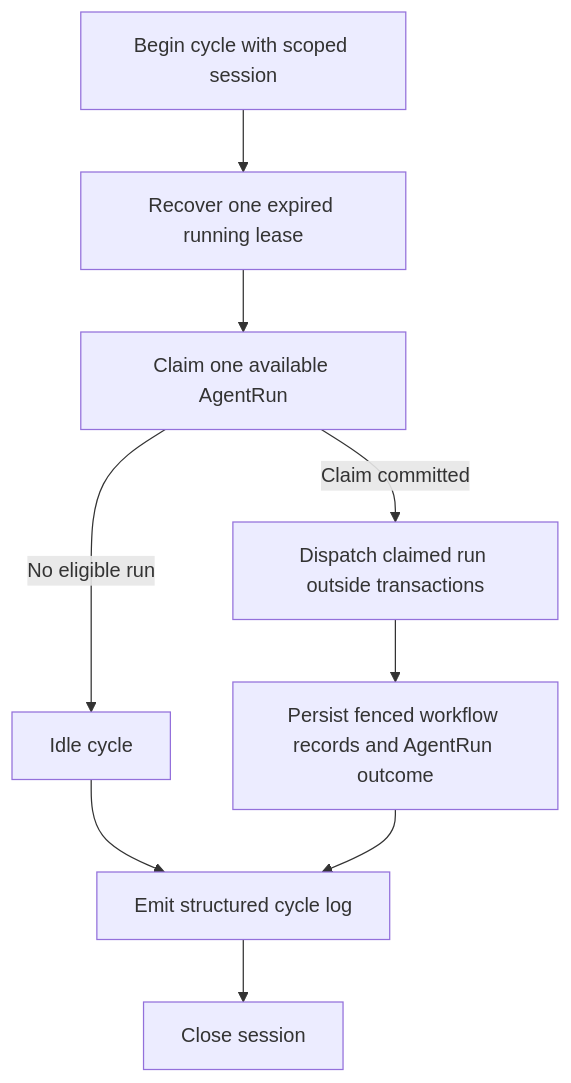
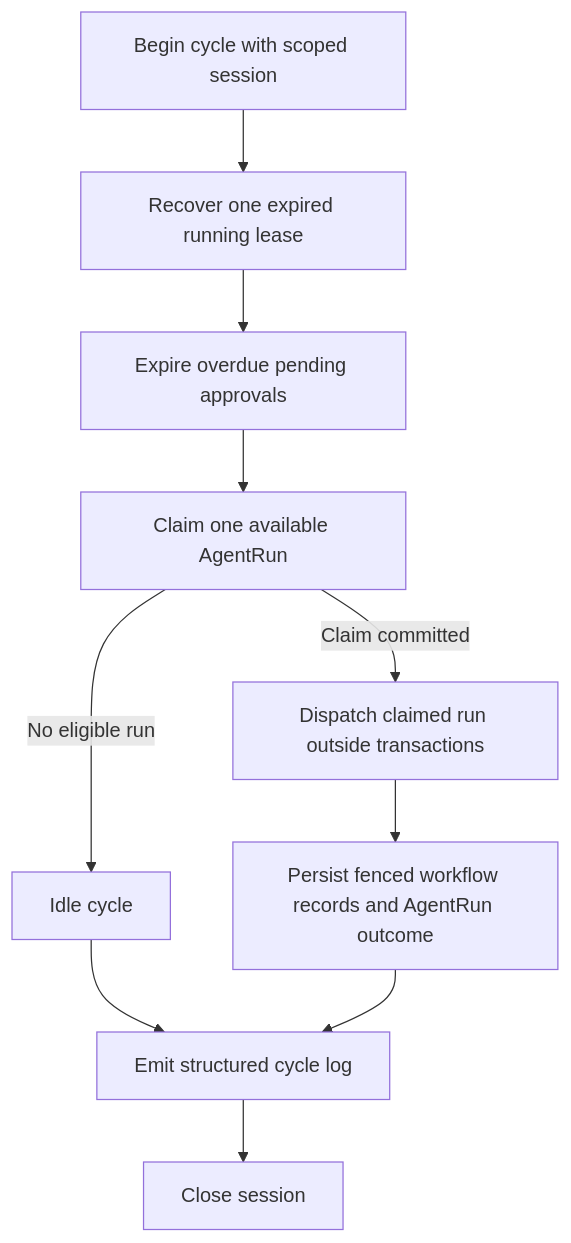
Before and after one commit to philgodoy96/supportops-ai-platform: the third of 8 diagrams in docs/architecture/runtime-topology.md, drawn with Mermaid. The commit also changed other lines of this file and 4 other files, not shown here.

````diff
--- a/docs/architecture/runtime-topology.md
+++ b/docs/architecture/runtime-topology.md
@@ -235,20 +243,22 @@
 ```mermaid
 flowchart TD
     Start[Begin cycle with scoped session]
     Recover[Recover one expired running lease]
+    Expire[Expire overdue pending approvals]
     Claim[Claim one available AgentRun]
     Idle[Idle cycle]
     Process[Dispatch claimed run outside transactions]
     Persist[Persist fenced workflow records and AgentRun outcome]
     Log[Emit structured cycle log]
     Close[Close session]
 
     Start --> Recover
-    Recover --> Claim
+    Recover --> Expire
+    Expire --> Claim
     Claim -->|No eligible run| Idle
     Claim -->|Claim committed| Process
     Idle --> Log
     Process --> Persist
     Persist --> Log
     Log --> Close
 ```
````
